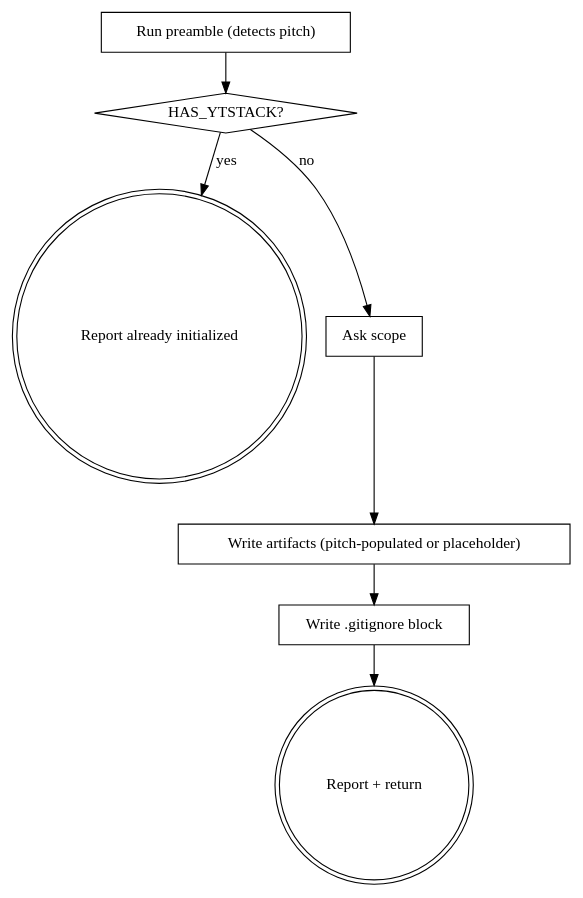
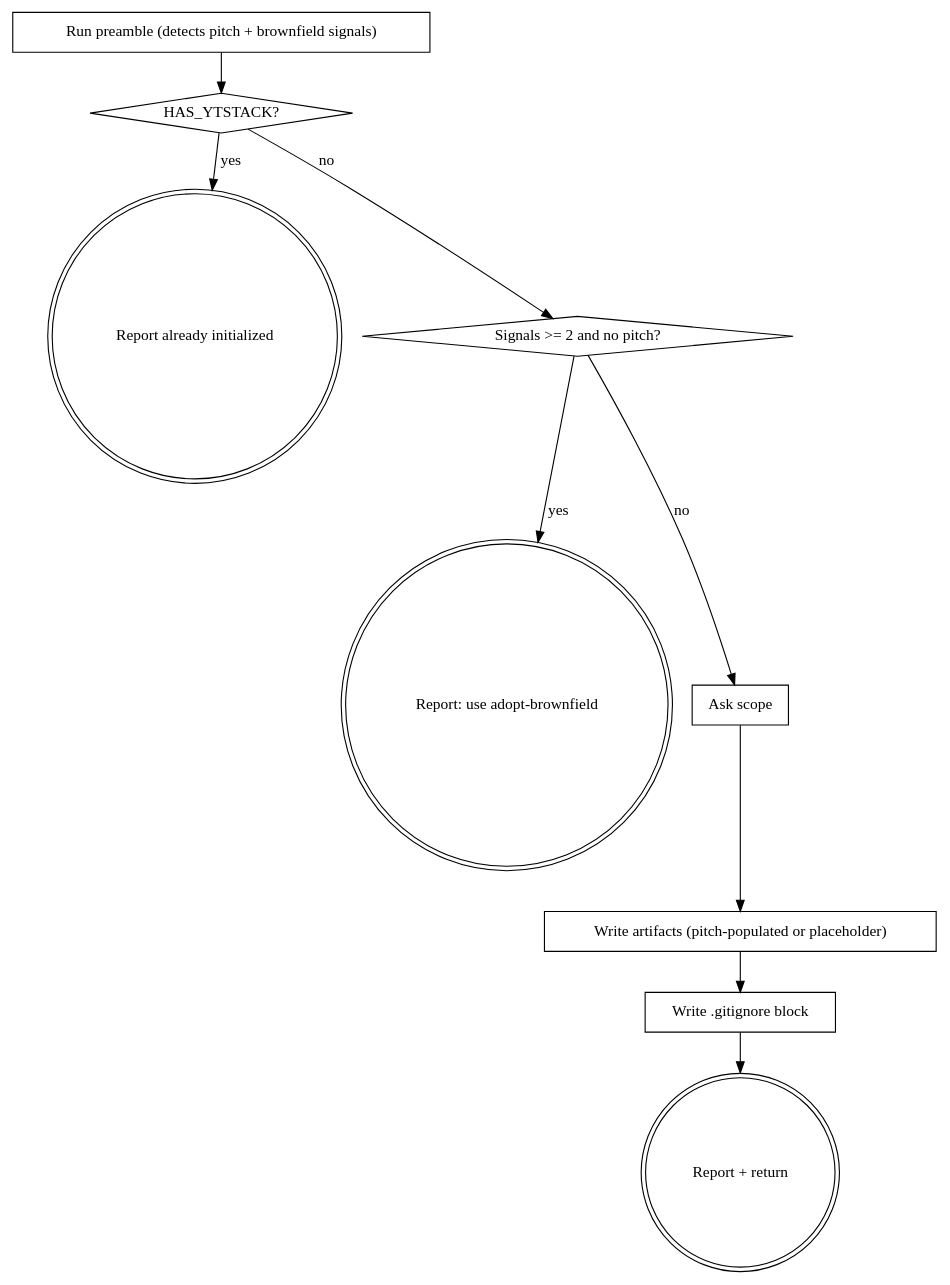
The diagram in skills/init-project/SKILL.md (Yesterday-AI/ytstack), drawn with Graphviz before and after one commit. The commit also changed other lines of this file and 1 other file, not shown here.

First line of the commit message:
M010: init-project routes mature repos to adopt-brownfield; STATE.md gets tracker:

````diff
--- a/skills/init-project/SKILL.md
+++ b/skills/init-project/SKILL.md
@@ -46,18 +51,22 @@
 ```dot
 digraph init_project {
-    "Run preamble (detects pitch)" [shape=box];
+    "Run preamble (detects pitch + brownfield signals)" [shape=box];
     "HAS_YTSTACK?" [shape=diamond];
     "Report already initialized" [shape=doublecircle];
+    "Signals >= 2 and no pitch?" [shape=diamond];
+    "Report: use adopt-brownfield" [shape=doublecircle];
     "Ask scope" [shape=box];
     "Write artifacts (pitch-populated or placeholder)" [shape=box];
     "Write .gitignore block" [shape=box];
     "Report + return" [shape=doublecircle];
 
-    "Run preamble (detects pitch)" -> "HAS_YTSTACK?";
+    "Run preamble (detects pitch + brownfield signals)" -> "HAS_YTSTACK?";
     "HAS_YTSTACK?" -> "Report already initialized" [label="yes"];
-    "HAS_YTSTACK?" -> "Ask scope" [label="no"];
+    "HAS_YTSTACK?" -> "Signals >= 2 and no pitch?" [label="no"];
+    "Signals >= 2 and no pitch?" -> "Report: use adopt-brownfield" [label="yes"];
+    "Signals >= 2 and no pitch?" -> "Ask scope" [label="no"];
     "Ask scope" -> "Write artifacts (pitch-populated or placeholder)";
     "Write artifacts (pitch-populated or placeholder)" -> "Write .gitignore block";
     "Write .gitignore block" -> "Report + return";
 }
 ```
````
